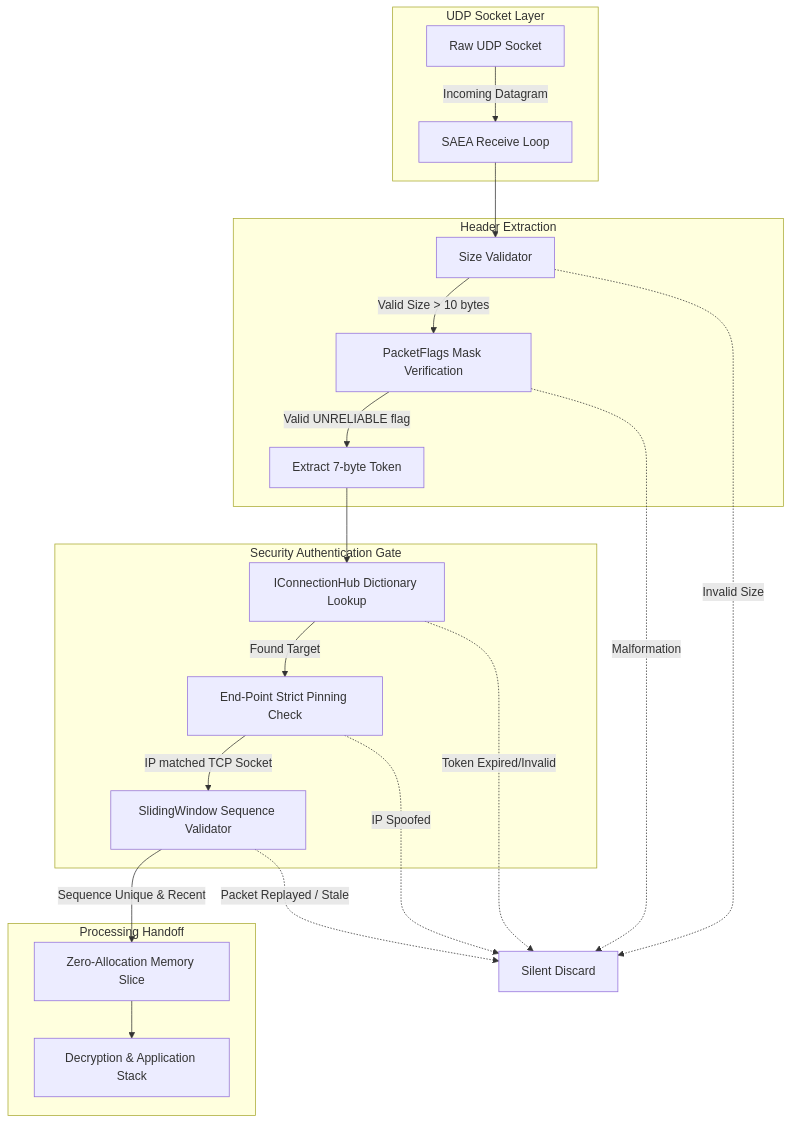
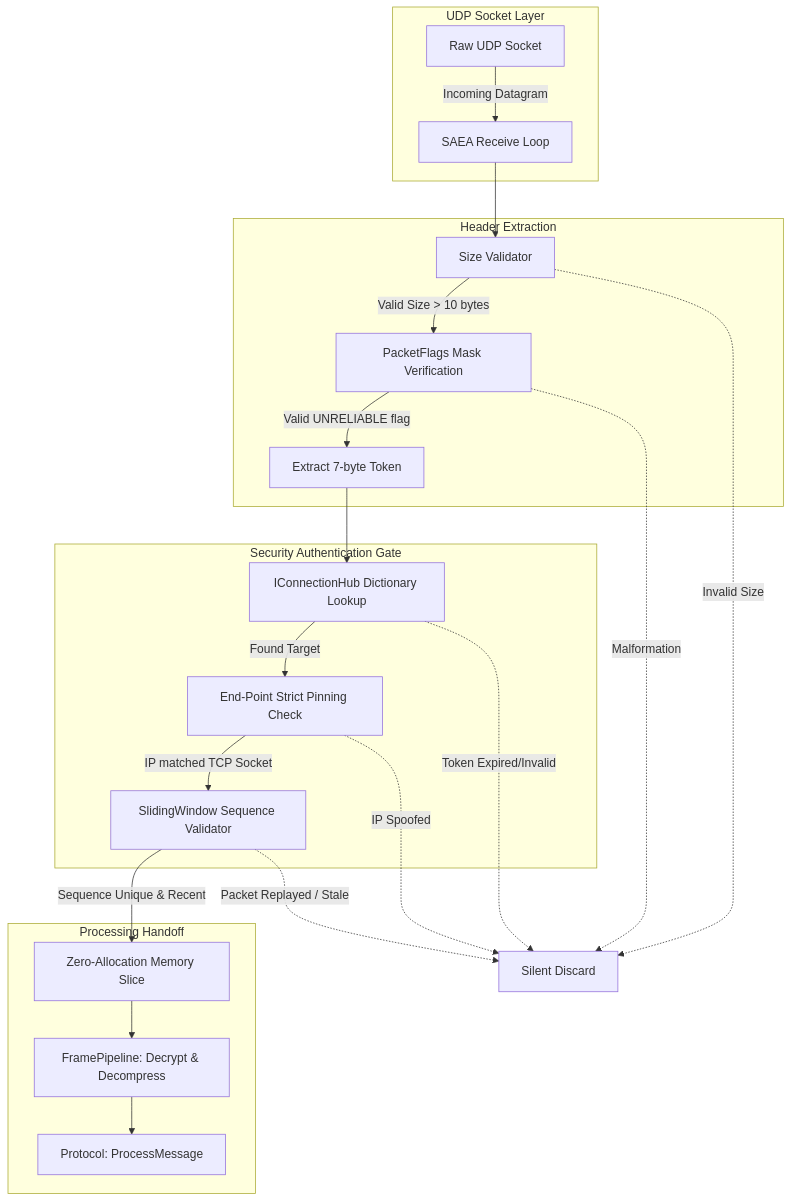
The diagram in docs/api/network/udp-listener.md (ppn-systems/Nalix), drawn with Mermaid before and after one commit. The commit also changed other lines of this file and 179 other files, not shown here.

First line of the commit message:
refactor: IProtocol and FramePipeline (#86)

````diff
--- a/docs/api/network/udp-listener.md
+++ b/docs/api/network/udp-listener.md
@@ -14,46 +14,48 @@
 ```mermaid
 flowchart TD
     subgraph Transport[UDP Socket Layer]
         Raw[Raw UDP Socket]
         Loop[SAEA Receive Loop]
     end
 
     subgraph Extraction[Header Extraction]
         SizeCheck[Size Validator]
         FlagCheck[PacketFlags Mask Verification]
         Token[Extract 7-byte Token]
     end
 
     subgraph Security[Security Authentication Gate]
         HubLookup[IConnectionHub Dictionary Lookup]
         IPPinning[End-Point Strict Pinning Check]
         SlidingWindow[SlidingWindow Sequence Validator]
     end
 
     subgraph Handoff[Processing Handoff]
         Slice[Zero-Allocation Memory Slice]
-        AppHandoff[Decryption & Application Stack]
+        Pipeline[FramePipeline: Decrypt & Decompress]
+        AppHandoff[Protocol: ProcessMessage]
     end
 
     Raw -->|Incoming Datagram| Loop
     Loop --> SizeCheck
     
     SizeCheck -->|Valid Size > 10 bytes| FlagCheck
     SizeCheck -.->|Invalid Size| Drop[Silent Discard]
     
     FlagCheck -->|Valid UNRELIABLE flag| Token
     FlagCheck -.->|Malformation| Drop
     
     Token --> HubLookup
     HubLookup -->|Found Target| IPPinning
     HubLookup -.->|Token Expired/Invalid| Drop
     
     IPPinning -->|IP matched TCP Socket| SlidingWindow
     IPPinning -.->|IP Spoofed| Drop
     
     SlidingWindow -->|Sequence Unique & Recent| Slice
     SlidingWindow -.->|Packet Replayed / Stale| Drop
     
-    Slice --> AppHandoff
+    Slice --> Pipeline
+    Pipeline --> AppHandoff
 
 ```
````
